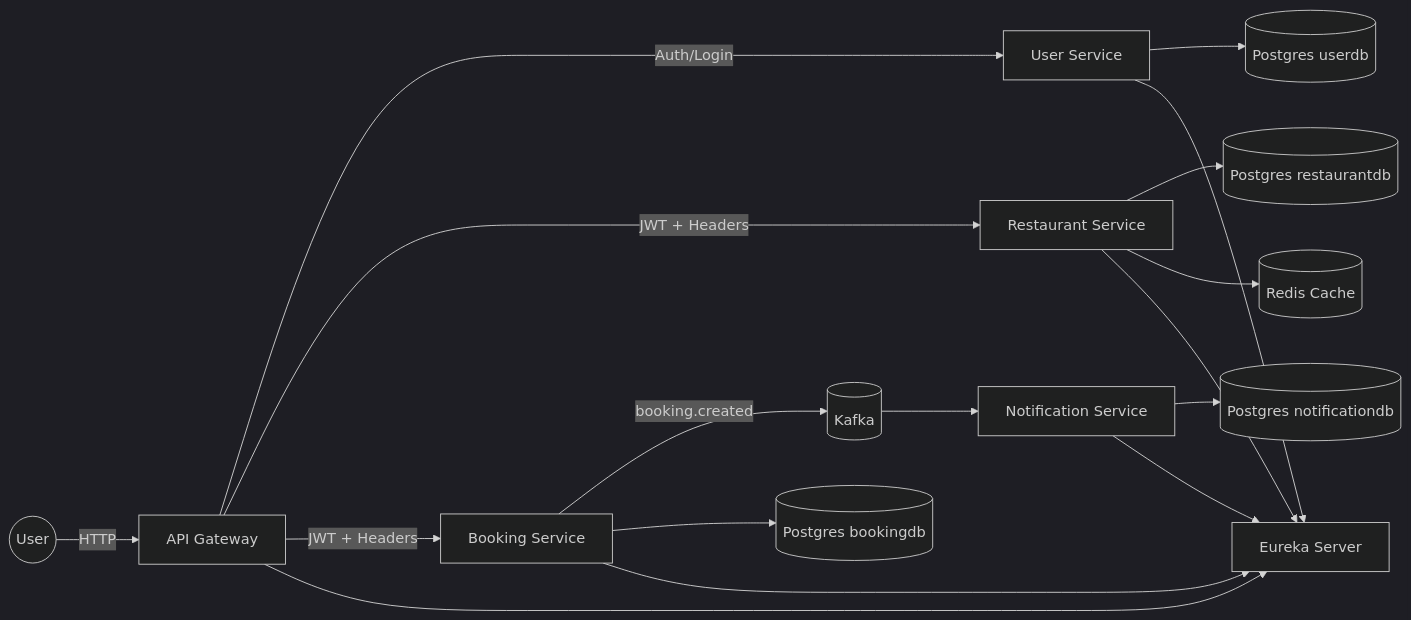
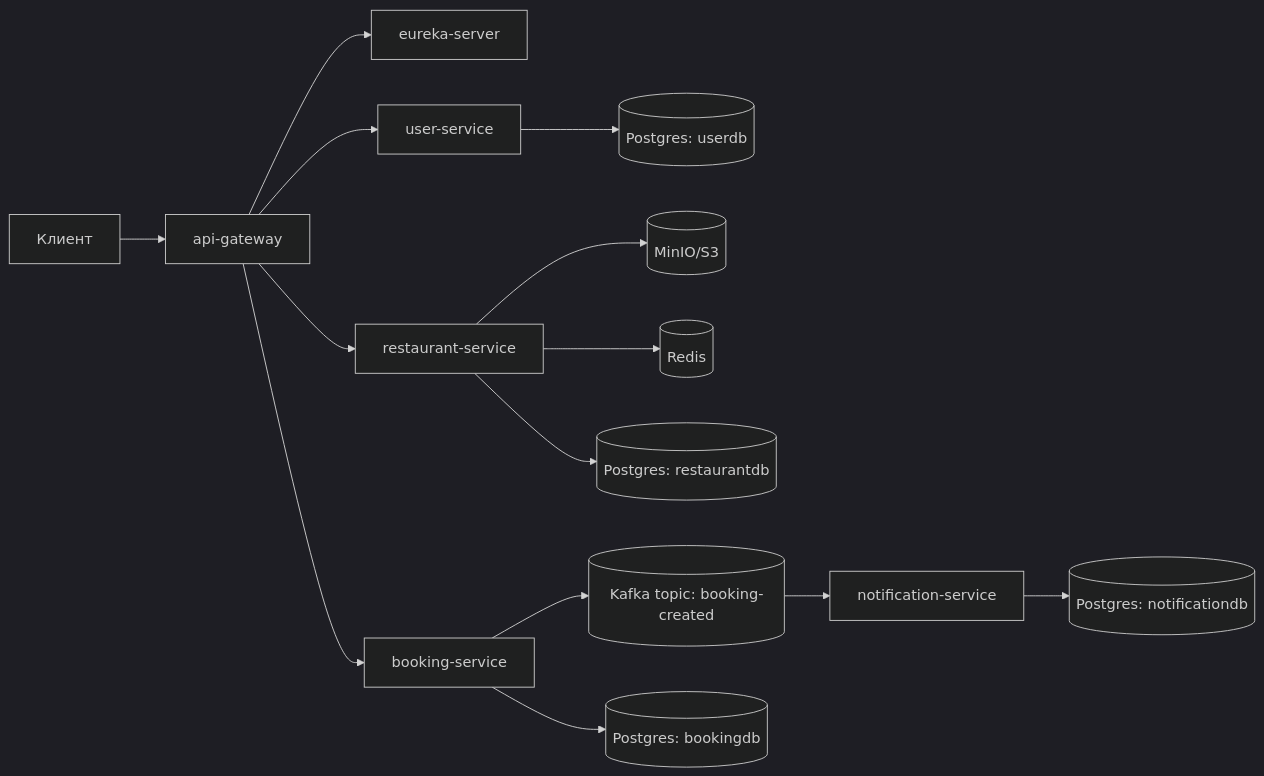
One commit to this-is-lama/rbs changed the diagram in readme.md. Above: the diagram before and after it, drawn with Mermaid (dark theme). The commit also changed other lines of this file and 9 other files, not shown here.

````diff
--- a/readme.md
+++ b/readme.md
@@ -76,26 +90,20 @@
 ```mermaid
 flowchart LR
-    User((User))
+  C[Клиент] --> G[api-gateway]
+  G --> EU[eureka-server]
 
-    User -->|HTTP| Gateway[API Gateway]
+  G --> US[user-service]
+  G --> RS[restaurant-service]
+  G --> BS[booking-service]
 
-    Gateway -->|Auth/Login| UserService[User Service]
-    Gateway -->|JWT + Headers| RestaurantService[Restaurant Service]
-    Gateway -->|JWT + Headers| BookingService[Booking Service]
+  BS --> K[(Kafka topic: booking-created)]
+  K --> NS[notification-service]
 
-    BookingService -->|booking.created| Kafka[(Kafka)]
-    Kafka --> NotificationService[Notification Service]
-
-    UserService --> UserDB[(Postgres userdb)]
-    RestaurantService --> RestaurantDB[(Postgres restaurantdb)]
-    BookingService --> BookingDB[(Postgres bookingdb)]
-    NotificationService --> NotificationDB[(Postgres notificationdb)]
-
-    RestaurantService --> Redis[(Redis Cache)]
-
-    Gateway --> Eureka[Eureka Server]
-    UserService --> Eureka
-    RestaurantService --> Eureka
-    BookingService --> Eureka
-    NotificationService --> Eureka
+  RS --> M[(MinIO/S3)]
+  RS --> R[(Redis)]
+  
+  US --> P1[(Postgres: userdb)]
+  RS --> P2[(Postgres: restaurantdb)]
+  BS --> P3[(Postgres: bookingdb)]
+  NS --> P4[(Postgres: notificationdb)]
 ```
````
